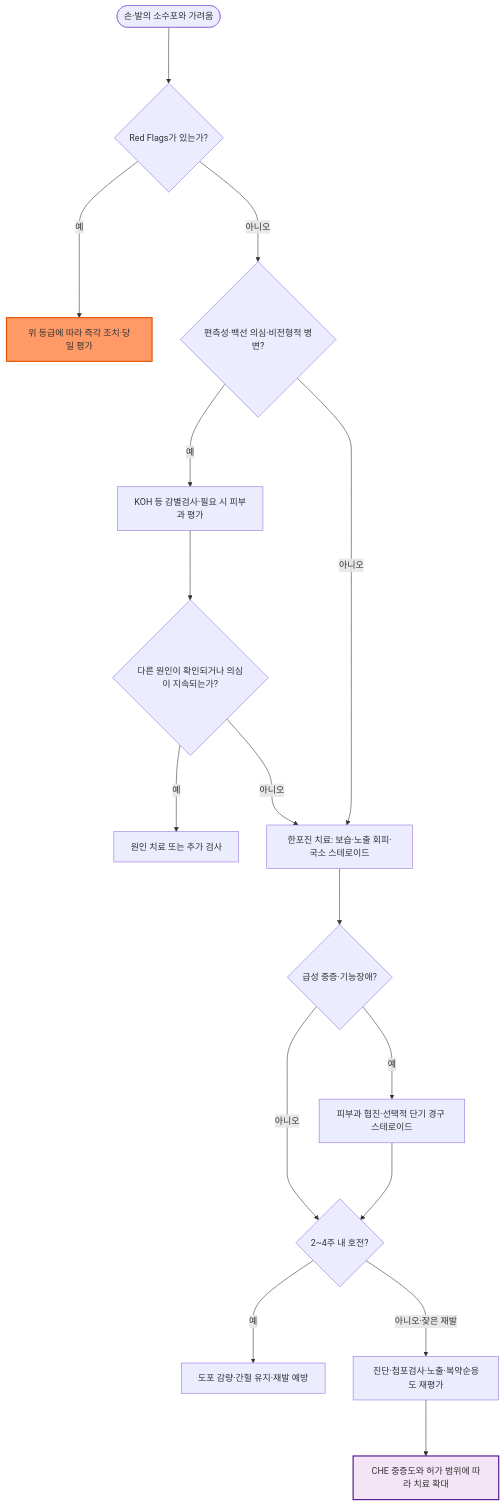
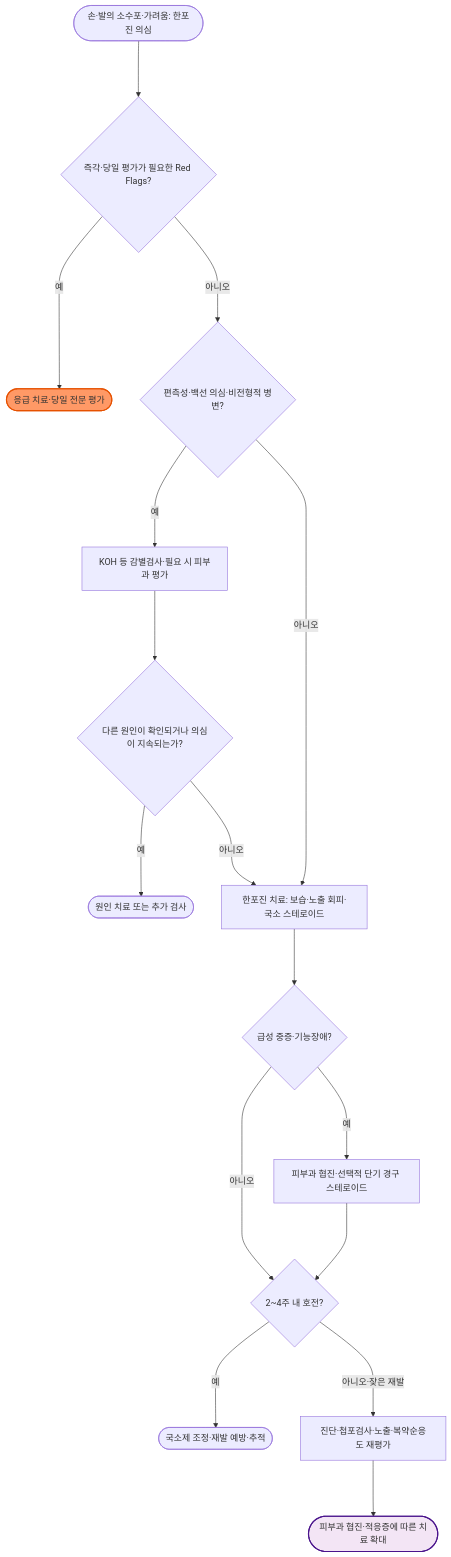
One commit to familyoh77/familyoh77 changed the diagram in 229_/160_-dyshidrosis.md. Above: the diagram before and after it, drawn with Mermaid. The commit also changed other lines of this file and 20 other files, not shown here.

````diff
--- a/229_/160_-dyshidrosis.md
+++ b/229_/160_-dyshidrosis.md
@@ -90,20 +92,20 @@
 ```mermaid
 graph TD
-    A(["손·발의 소수포와 가려움"]) ---> B{"Red Flags가 있는가?"}
-    B -- "예" ---> R["위 등급에 따라 즉각 조치·당일 평가"]
+    A(["손·발의 소수포·가려움: 한포진 의심"]) ---> B{"즉각·당일 평가가 필요한 Red Flags?"}
+    B -- "예" ---> R(["응급 치료·당일 전문 평가"])
     B -- "아니오" ---> C{"편측성·백선 의심·비전형적 병변?"}
     C -- "예" ---> D["KOH 등 감별검사·필요 시 피부과 평가"]
     D ---> E{"다른 원인이 확인되거나 의심이 지속되는가?"}
-    E -- "예" ---> X["원인 치료 또는 추가 검사"]
+    E -- "예" ---> X(["원인 치료 또는 추가 검사"])
     E -- "아니오" ---> F["한포진 치료: 보습·노출 회피·국소 스테로이드"]
     C -- "아니오" ---> F
     F ---> G{"급성 중증·기능장애?"}
     G -- "예" ---> H["피부과 협진·선택적 단기 경구 스테로이드"]
     G -- "아니오" ---> I{"2~4주 내 호전?"}
     H ---> I
-    I -- "예" ---> J["도포 감량·간헐 유지·재발 예방"]
+    I -- "예" ---> J(["국소제 조정·재발 예방·추적"])
     I -- "아니오·잦은 재발" ---> K["진단·첩포검사·노출·복약순응도 재평가"]
-    K ---> L["CHE 중증도와 허가 범위에 따라 치료 확대"]
+    K ---> L(["피부과 협진·적응증에 따른 치료 확대"])
     style R fill:#f96,stroke:#e65100,stroke-width:2px
     style L fill:#f3e5f5,stroke:#4a148c,stroke-width:2px
 ```
````
